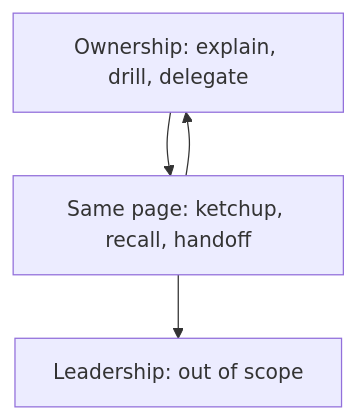
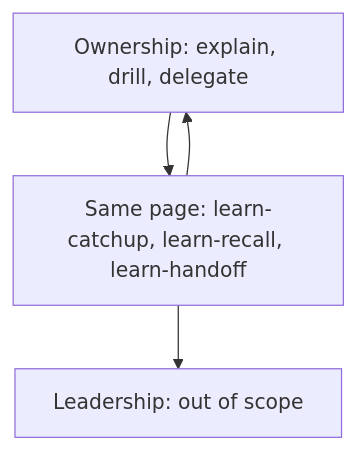
Before and after one commit to TudeOrangBiasa/skills-for-agents: the fourth of 4 diagrams in skills/user-invoked/guide/FACTORY.md, drawn with Mermaid. The commit also changed other lines of this file and 441 other files, not shown here.

````diff
--- a/skills/user-invoked/guide/FACTORY.md
+++ b/skills/user-invoked/guide/FACTORY.md
@@ -99,5 +99,5 @@
 ```mermaid
 flowchart TD
-    Own["Ownership: explain, drill, delegate"] --> Same["Same page: ketchup, recall, handoff"] --> Lead["Leadership: out of scope"]
+    Own["Ownership: explain, drill, delegate"] --> Same["Same page: learn-catchup, learn-recall, learn-handoff"] --> Lead["Leadership: out of scope"]
     Same --> Own
 ```
````
